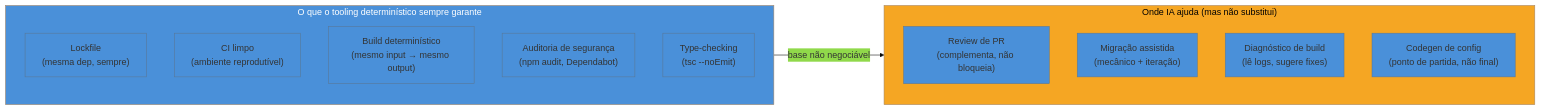
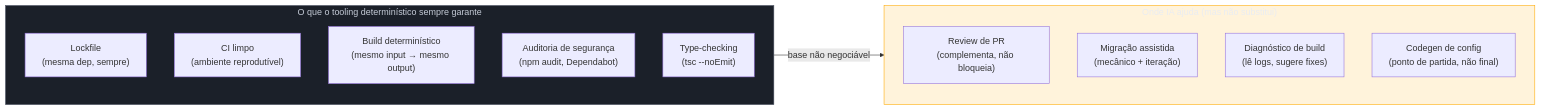
The sixth of 7 diagrams in 03-Dominios/Tecnologia/Tooling e Build/25 - IA no tooling e build.md (josenaldo/codex-technomanticus), drawn with Mermaid before and after one commit. The commit also changed other lines of this file and 1181 other files, not shown here.

First line of the commit message:
fix(diagramas): paleta do sistema no lugar de cor cravada no markdown

````diff
--- a/03-Dominios/Tecnologia/Tooling e Build/25 - IA no tooling e build.md
+++ b/03-Dominios/Tecnologia/Tooling e Build/25 - IA no tooling e build.md
@@ -395,23 +397,24 @@
 ```mermaid
-%%{init: {"theme": "base", "themeVariables": {"primaryColor": "#4A90D9"}}}%%
 graph LR
+    classDef neutro fill:#1B2029,stroke:#4E5666,color:#C6CCD8
+    classDef destaque fill:#FFAA0024,stroke:#FFAA00,color:#E9ECF2
     subgraph PERMANENTE["O que o tooling determinístico sempre garante"]
         P1["Lockfile\n(mesma dep, sempre)"]
         P2["CI limpo\n(ambiente reprodutível)"]
         P3["Build determinístico\n(mesmo input → mesmo output)"]
         P4["Auditoria de segurança\n(npm audit, Dependabot)"]
         P5["Type-checking\n(tsc --noEmit)"]
     end
 
     subgraph IA_ZONA["Onde IA ajuda (mas não substitui)"]
         I1["Review de PR\n(complementa, não bloqueia)"]
         I2["Migração assistida\n(mecânico + iteração)"]
         I3["Diagnóstico de build\n(lê logs, sugere fixes)"]
         I4["Codegen de config\n(ponto de partida, não final)"]
     end
 
     PERMANENTE -->|"base não negociável"| IA_ZONA
 
-    style PERMANENTE fill:#4A90D9,color:#fff
-    style IA_ZONA fill:#F5A623,color:#000
+    class PERMANENTE neutro
+    class IA_ZONA destaque
 ```
````
